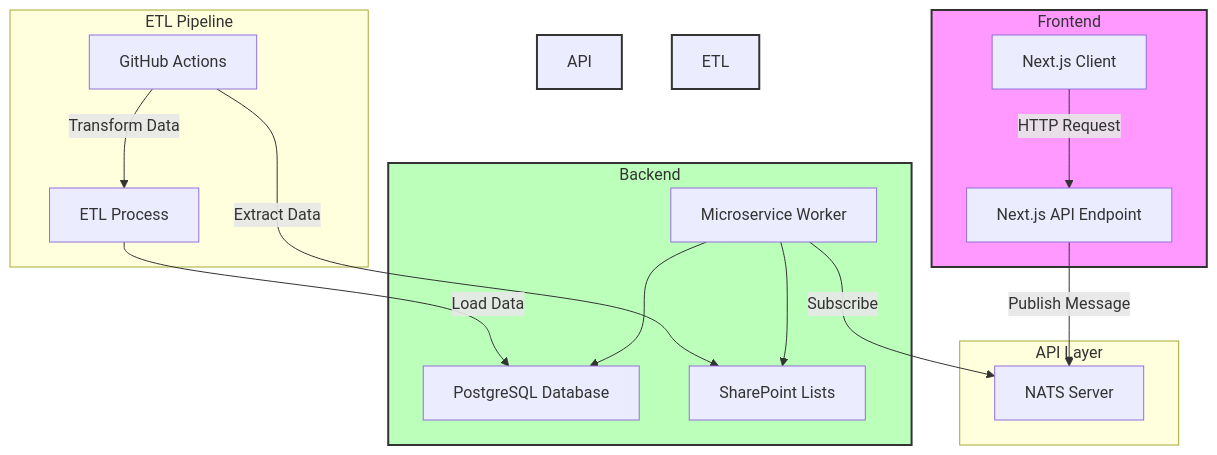
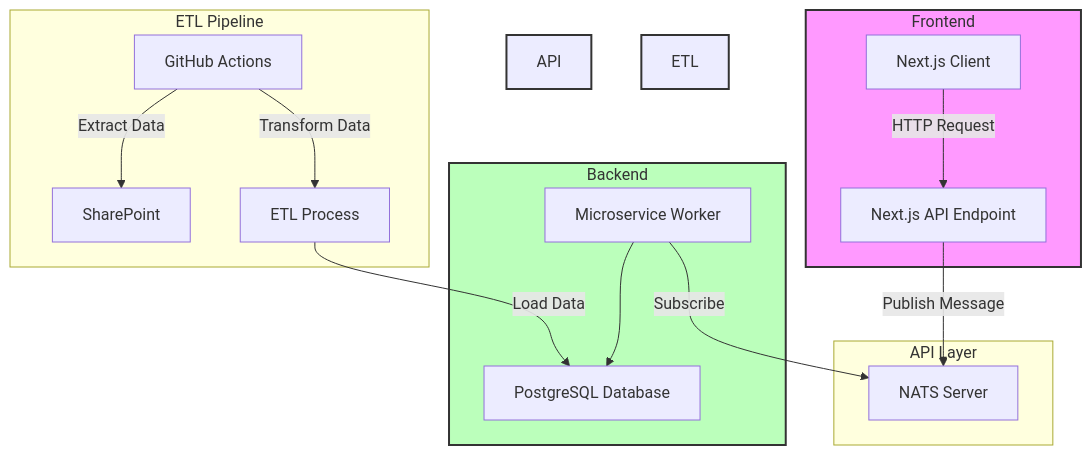
Before and after one commit to nexi-intra/nexi-toolsv2: the third of 4 diagrams in readme.md, drawn with Mermaid. The commit also changed other lines of this file, not shown here.

````diff
--- a/readme.md
+++ b/readme.md
@@ -94,27 +93,27 @@
 ```mermaid
 graph TD
     subgraph Frontend
         A[Next.js Client] -->|HTTP Request| B[Next.js API Endpoint]
     end
 
     subgraph API Layer
         B -->|Publish Message| N[NATS Server]
     end
 
     subgraph Backend
         C[Microservice Worker] -->|Subscribe| N
         C --> D[PostgreSQL Database]
-        C --> E[SharePoint Lists]
+        
     end
 
     subgraph ETL Pipeline
-        F[GitHub Actions] -->|Extract Data| E
+        F[GitHub Actions] -->|Extract Data| SharePoint
         F -->|Transform Data| T[ETL Process]
         T -->|Load Data| D
     end
 
     style Frontend fill:#f9f,stroke:#333,stroke-width:2px
     style API Layer fill:#bbf,stroke:#333,stroke-width:2px
     style Backend fill:#bfb,stroke:#333,stroke-width:2px
     style ETL Pipeline fill:#ffb,stroke:#333,stroke-width:2px
 ```
````
